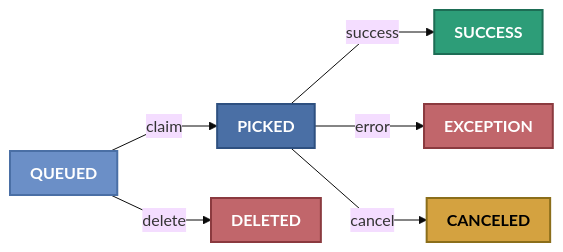
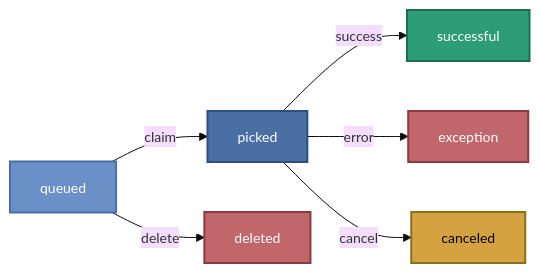
One commit to janbjorge/pgqueuer changed the third of 3 diagrams in docs/reference/architecture.md. Above: the diagram before and after it, drawn with Mermaid. The commit also changed other lines of this file and 2 other files, not shown here.

First line of the commit message:
docs: unify all Mermaid diagrams to consistent style

````diff
--- a/docs/reference/architecture.md
+++ b/docs/reference/architecture.md
@@ -92,28 +103,28 @@
 ```mermaid
-%%{init: {'flowchart': {'htmlLabels': true, 'curve': 'linear', 'padding': '10'}, 'theme': 'base', 'themeVariables': {'fontSize': '16px', 'fontFamily': 'Inter, sans-serif'}}}%%
+%%{init: {'theme': 'base', 'themeVariables': {'fontSize': '14px', 'fontFamily': 'Inter, sans-serif'}}}%%
 flowchart LR
-    Queued["<b>QUEUED</b>"]
-    Picked["<b>PICKED</b>"]
-    Success["<b>SUCCESS</b>"]
-    Exception["<b>EXCEPTION</b>"]
-    Canceled["<b>CANCELED</b>"]
-    Deleted["<b>DELETED</b>"]
+    Queued[queued]
+    Picked[picked]
+    Success[successful]
+    Exception[exception]
+    Canceled[canceled]
+    Deleted[deleted]
 
     Queued -->|claim| Picked
     Queued -->|delete| Deleted
     Picked -->|success| Success
     Picked -->|error| Exception
     Picked -->|cancel| Canceled
 
-    classDef queued fill:#6B8FC7,stroke:#4A6FA5,stroke-width:2px,color:#fff
-    classDef picked fill:#4A6FA5,stroke:#2E5080,stroke-width:2px,color:#fff
+    classDef queued  fill:#6B8FC7,stroke:#4A6FA5,stroke-width:2px,color:#fff
+    classDef picked  fill:#4A6FA5,stroke:#2E5080,stroke-width:2px,color:#fff
     classDef success fill:#2D9D78,stroke:#1d6d55,stroke-width:2px,color:#fff
-    classDef error fill:#C1666B,stroke:#8b3a3f,stroke-width:2px,color:#fff
+    classDef error   fill:#C1666B,stroke:#8b3a3f,stroke-width:2px,color:#fff
     classDef canceled fill:#D4A240,stroke:#8b6e1a,stroke-width:2px,color:#000
 
     class Queued queued
     class Picked picked
     class Success success
     class Exception,Deleted error
     class Canceled canceled
 ```
````
